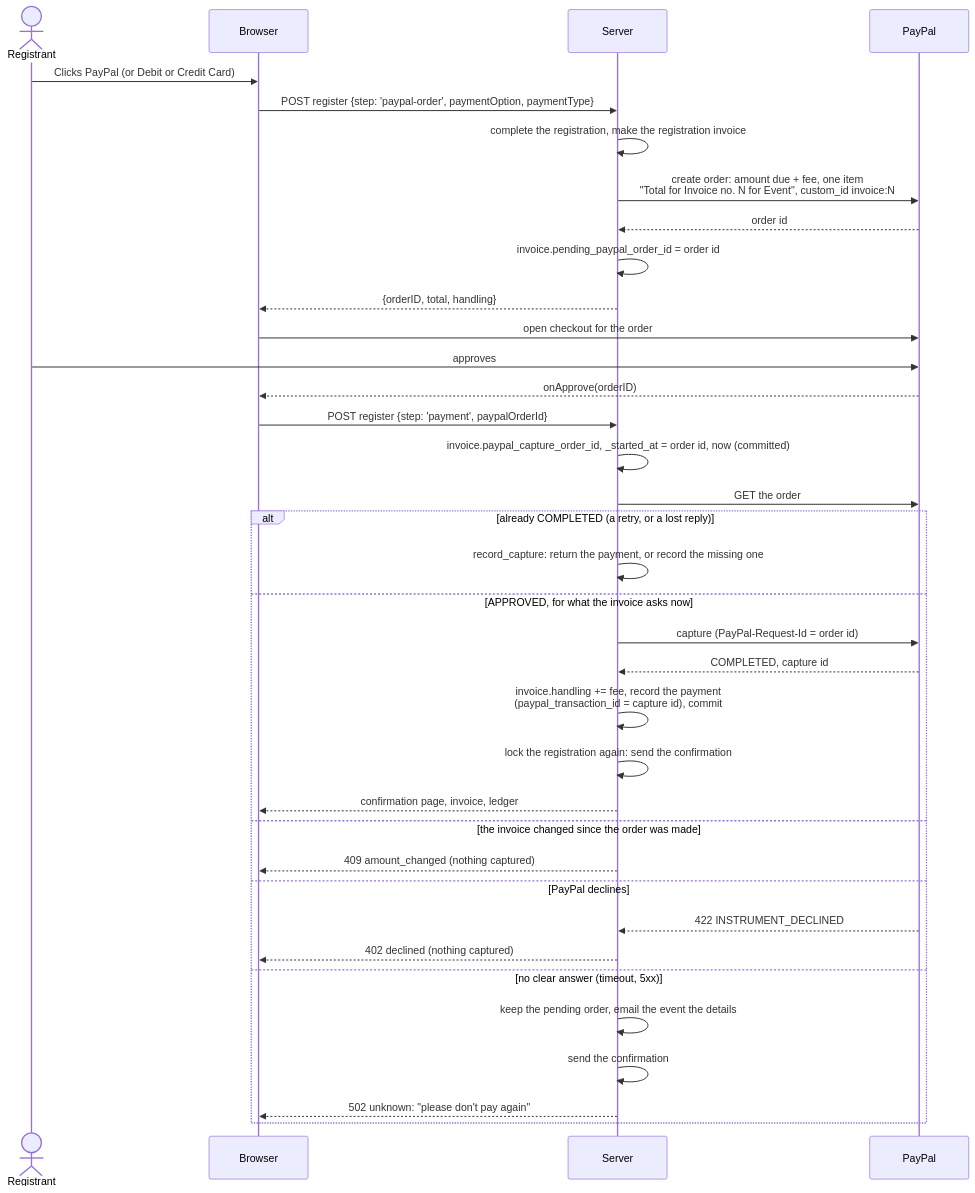
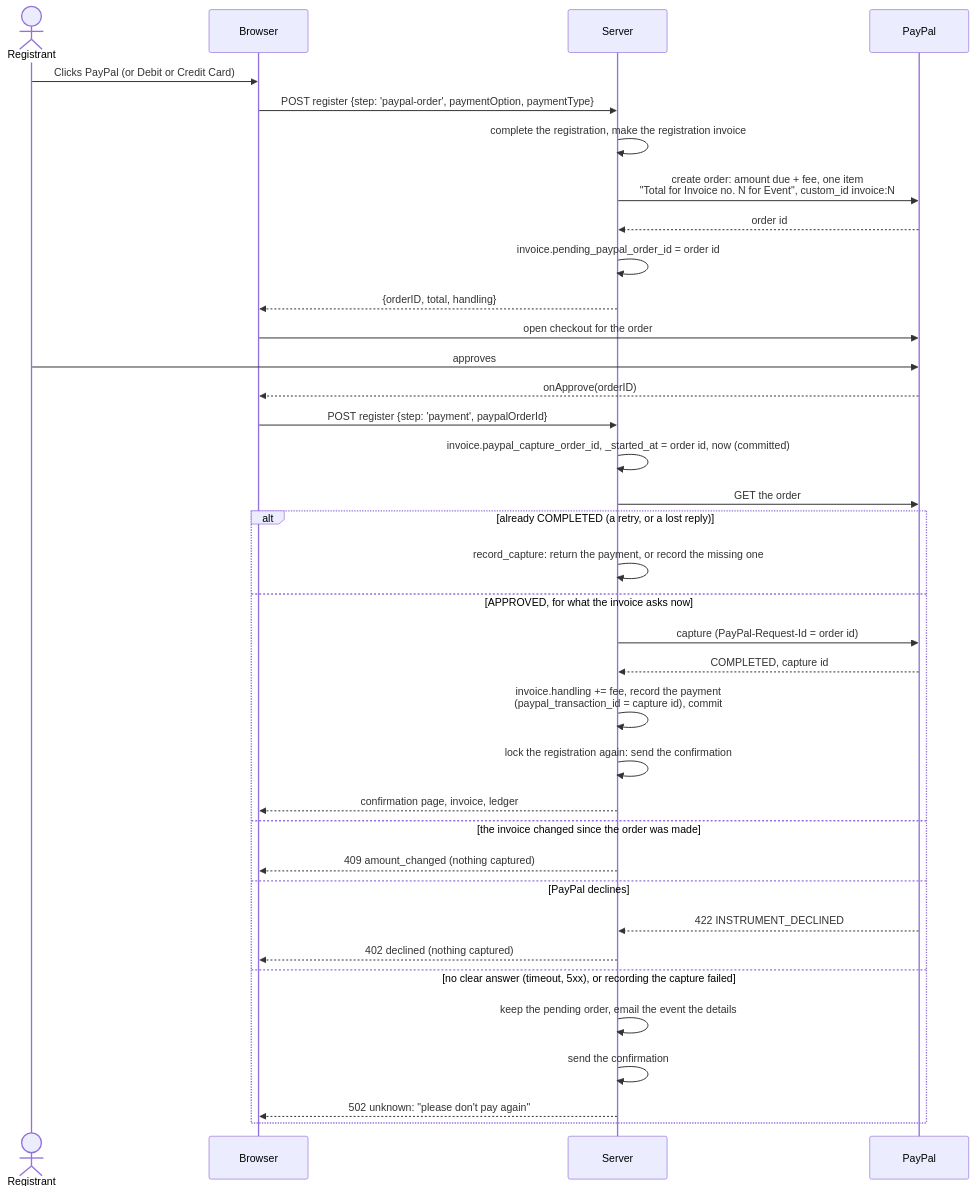
Before and after one commit to camphoric/camphoric: the fourth of 12 diagrams in doc/payments.md, drawn with Mermaid. The commit also changed other lines of this file and 8 other files, not shown here.

````diff
--- a/doc/payments.md
+++ b/doc/payments.md
@@ -212,38 +212,38 @@
 ```mermaid
 sequenceDiagram
     actor R as Registrant
     participant B as Browser
     participant S as Server
     participant P as PayPal
     R->>B: Clicks PayPal (or Debit or Credit Card)
     B->>S: POST register {step: 'paypal-order', paymentOption, paymentType}
     S->>S: complete the registration, make the registration invoice
     S->>P: create order: amount due + fee, one item<br/>"Total for Invoice no. N for Event", custom_id invoice:N
     P-->>S: order id
     S->>S: invoice.pending_paypal_order_id = order id
     S-->>B: {orderID, total, handling}
     B->>P: open checkout for the order
     R->>P: approves
     P-->>B: onApprove(orderID)
     B->>S: POST register {step: 'payment', paypalOrderId}
     S->>S: invoice.paypal_capture_order_id, _started_at = order id, now (committed)
     S->>P: GET the order
     alt already COMPLETED (a retry, or a lost reply)
         S->>S: record_capture: return the payment, or record the missing one
     else APPROVED, for what the invoice asks now
         S->>P: capture (PayPal-Request-Id = order id)
         P-->>S: COMPLETED, capture id
         S->>S: invoice.handling += fee, record the payment<br/>(paypal_transaction_id = capture id), commit
         S->>S: lock the registration again: send the confirmation
         S-->>B: confirmation page, invoice, ledger
     else the invoice changed since the order was made
         S-->>B: 409 amount_changed (nothing captured)
     else PayPal declines
         P-->>S: 422 INSTRUMENT_DECLINED
         S-->>B: 402 declined (nothing captured)
-    else no clear answer (timeout, 5xx)
+    else no clear answer (timeout, 5xx), or recording the capture failed
         S->>S: keep the pending order, email the event the details
         S->>S: send the confirmation
         S-->>B: 502 unknown: "please don't pay again"
     end
 ```
````
